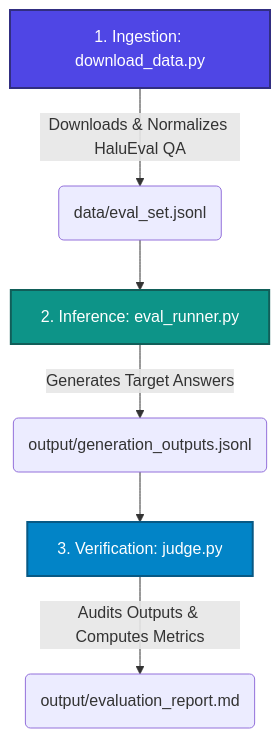
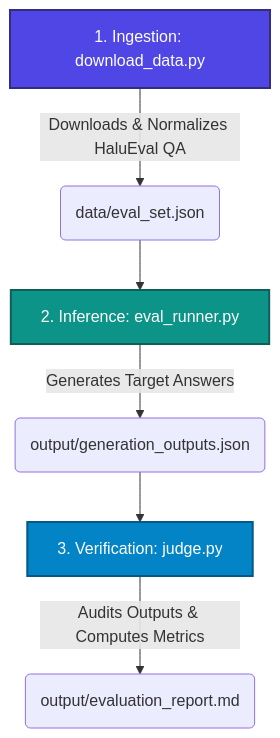
One commit to YahyaGhallali/Hallucination-Project changed the diagram in 1.Evaluation/README.md. Above: the diagram before and after it, drawn with Mermaid. The commit also changed other lines of this file and 21 other files, not shown here.

````diff
--- a/1.Evaluation/README.md
+++ b/1.Evaluation/README.md
@@ -13,12 +13,12 @@
 ```mermaid
 graph TD
-    A[1. Ingestion: download_data.py] -->|Downloads & Normalizes HaluEval QA| B(data/eval_set.jsonl)
+    A[1. Ingestion: download_data.py] -->|Downloads & Normalizes HaluEval QA| B(data/eval_set.json)
     B --> C[2. Inference: eval_runner.py]
-    C -->|Generates Target Answers| D(output/generation_outputs.jsonl)
+    C -->|Generates Target Answers| D(output/generation_outputs.json)
     D --> E[3. Verification: judge.py]
     E -->|Audits Outputs & Computes Metrics| F(output/evaluation_report.md)
 
     style A fill:#4F46E5,stroke:#312E81,stroke-width:2px,color:#fff
     style C fill:#0D9488,stroke:#115E59,stroke-width:2px,color:#fff
     style E fill:#0284C7,stroke:#075985,stroke-width:2px,color:#fff
 ```
````
